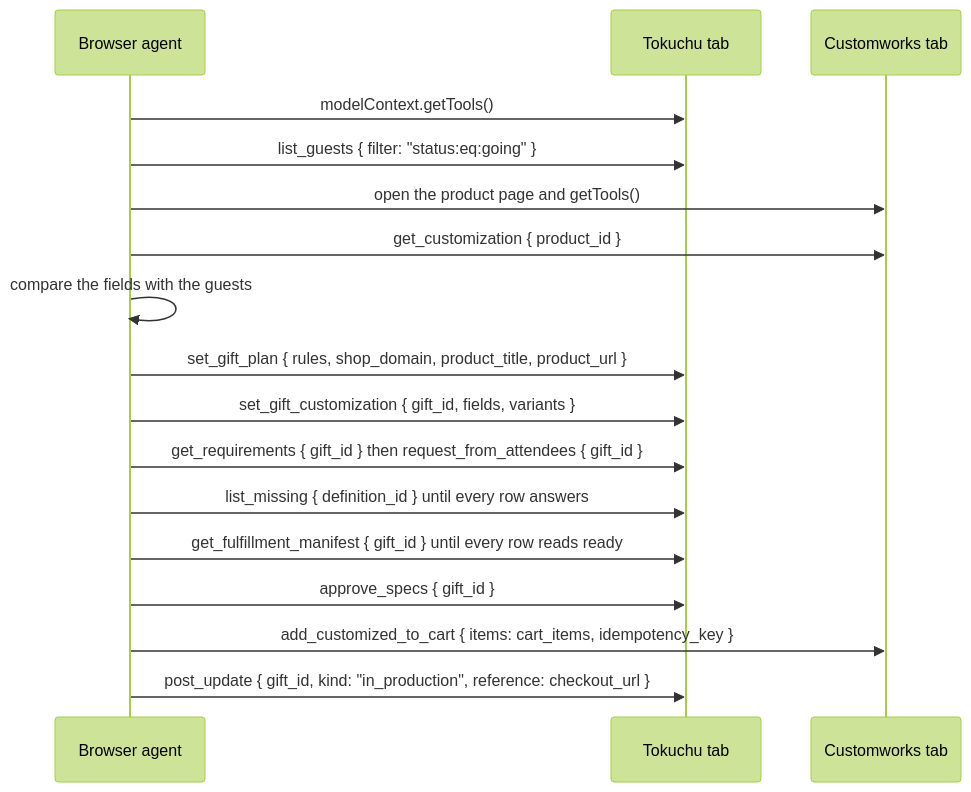
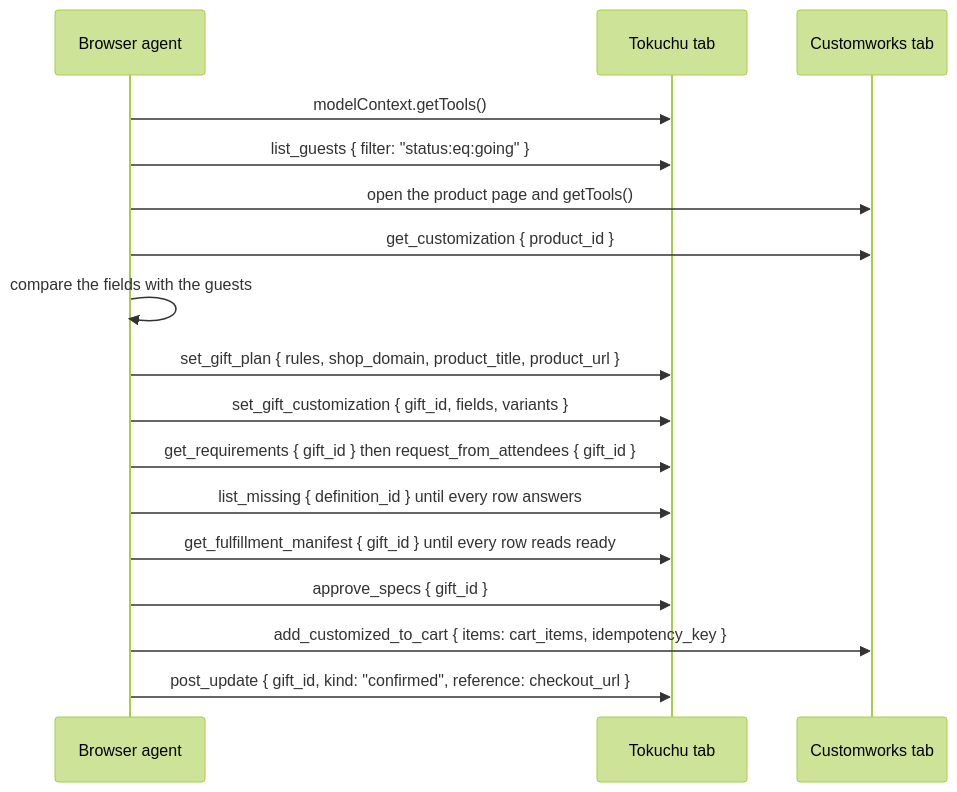
One commit to reversely/tokuchu changed the diagram in docs/guide.md. Above: the diagram before and after it, drawn with Mermaid (forest theme). The commit also changed other lines of this file and 3 other files, not shown here.

First line of the commit message:
docs: broad fact check across PRD, guide, playbook, and sequence diagram

````diff
--- a/docs/guide.md
+++ b/docs/guide.md
@@ -9,19 +9,19 @@
 ```mermaid
 sequenceDiagram
     participant A as Browser agent
     participant T as Tokuchu tab
     participant C as Customworks tab
     A->>T: modelContext.getTools()
     A->>T: list_guests { filter: "status:eq:going" }
     A->>C: open the product page and getTools()
     A->>C: get_customization { product_id }
     A->>A: compare the fields with the guests
     A->>T: set_gift_plan { rules, shop_domain, product_title, product_url }
     A->>T: set_gift_customization { gift_id, fields, variants }
     A->>T: get_requirements { gift_id } then request_from_attendees { gift_id }
     A->>T: list_missing { definition_id } until every row answers
     A->>T: get_fulfillment_manifest { gift_id } until every row reads ready
     A->>T: approve_specs { gift_id }
     A->>C: add_customized_to_cart { items: cart_items, idempotency_key }
-    A->>T: post_update { gift_id, kind: "in_production", reference: checkout_url }
+    A->>T: post_update { gift_id, kind: "confirmed", reference: checkout_url }
 ```
````
